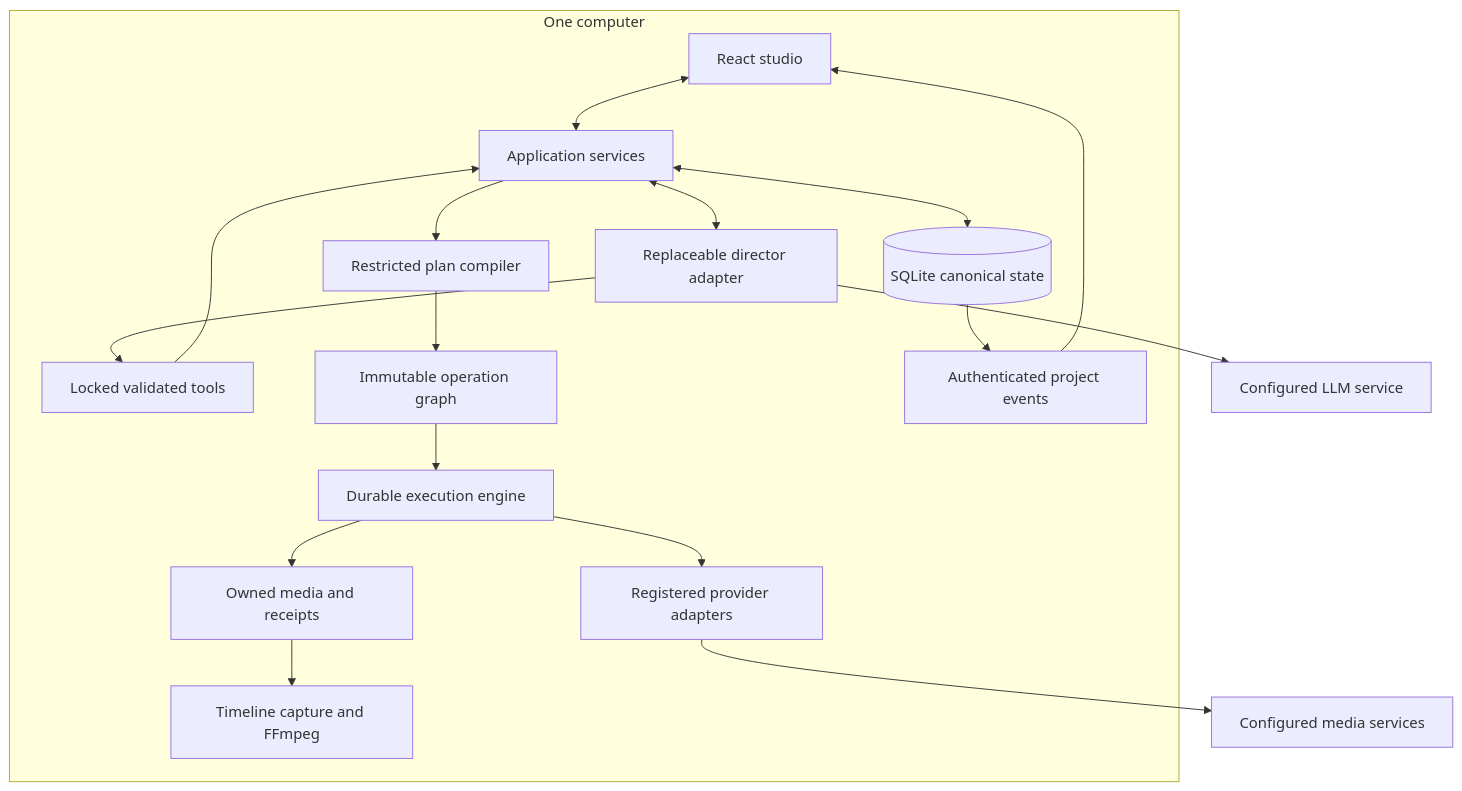
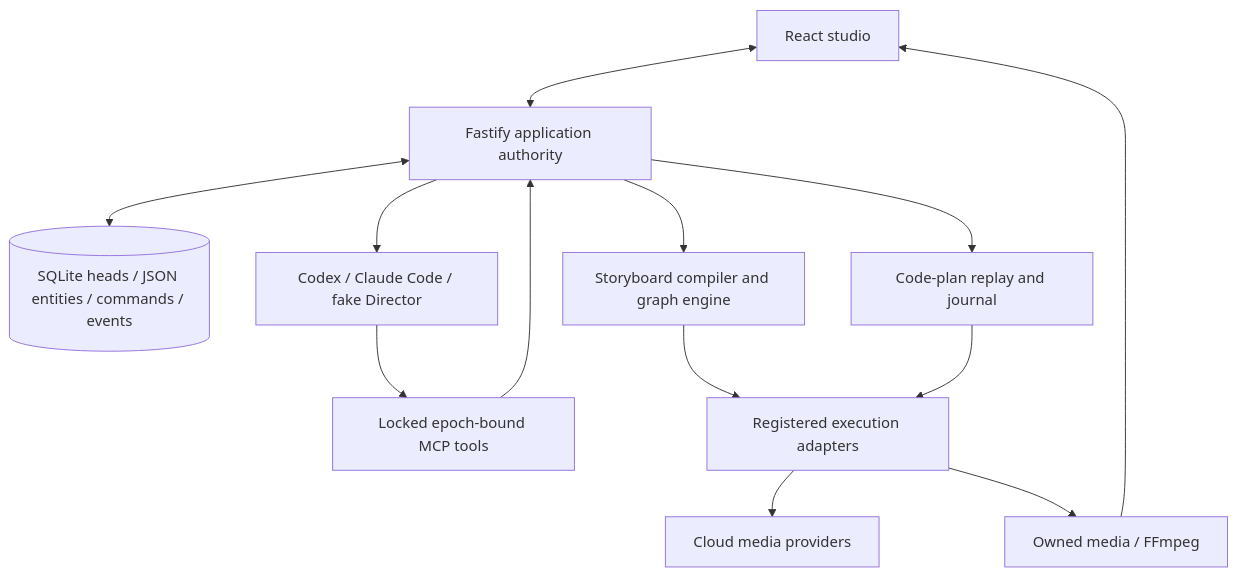
Before and after one commit to Michael-Ma/OpenSlate: the diagram in docs/design/README.md, drawn with Mermaid. The commit also changed other lines of this file and 46 other files, not shown here.

````diff
--- a/docs/design/README.md
+++ b/docs/design/README.md
@@ -24,20 +16,15 @@
 ```mermaid
 flowchart TB
-  subgraph Local[One computer]
-    UI[React studio] <--> App[Application services]
-    App <--> DB[(SQLite canonical state)]
-    App <--> Director[Replaceable director adapter]
-    Director --> Bridge[Locked validated tools]
-    Bridge --> App
-    App --> Compiler[Restricted plan compiler]
-    Compiler --> Graph[Immutable operation graph]
-    Graph --> Engine[Durable execution engine]
-    Engine --> Adapters[Registered provider adapters]
-    Engine --> Artifacts[Owned media and receipts]
-    Artifacts --> Timeline[Timeline capture and FFmpeg]
-    DB --> Events[Authenticated project events]
-    Events --> UI
-  end
-  Director --> LLM[Configured LLM service]
-  Adapters --> APIs[Configured media services]
+  UI[React studio] <--> App[Fastify application authority]
+  App <--> Store[(SQLite heads / JSON entities / commands / events)]
+  App --> Director[Codex / Claude Code / fake Director]
+  Director --> MCP[Locked epoch-bound MCP tools]
+  MCP --> App
+  App --> Graph[Storyboard compiler and graph engine]
+  App --> Code[Code-plan replay and journal]
+  Graph --> Execution[Registered execution adapters]
+  Code --> Execution
+  Execution --> Providers[Cloud media providers]
+  Execution --> Local[Owned media / FFmpeg]
+  Local --> UI
 ```
````
